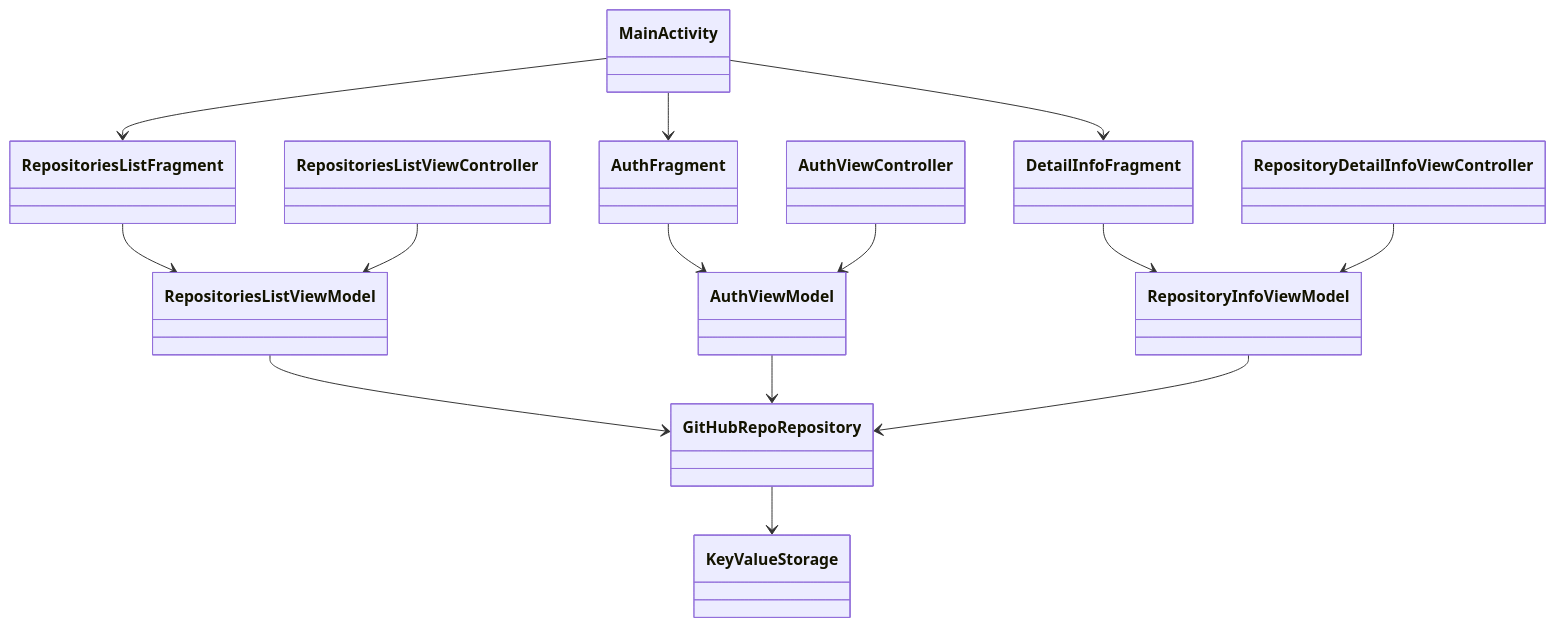
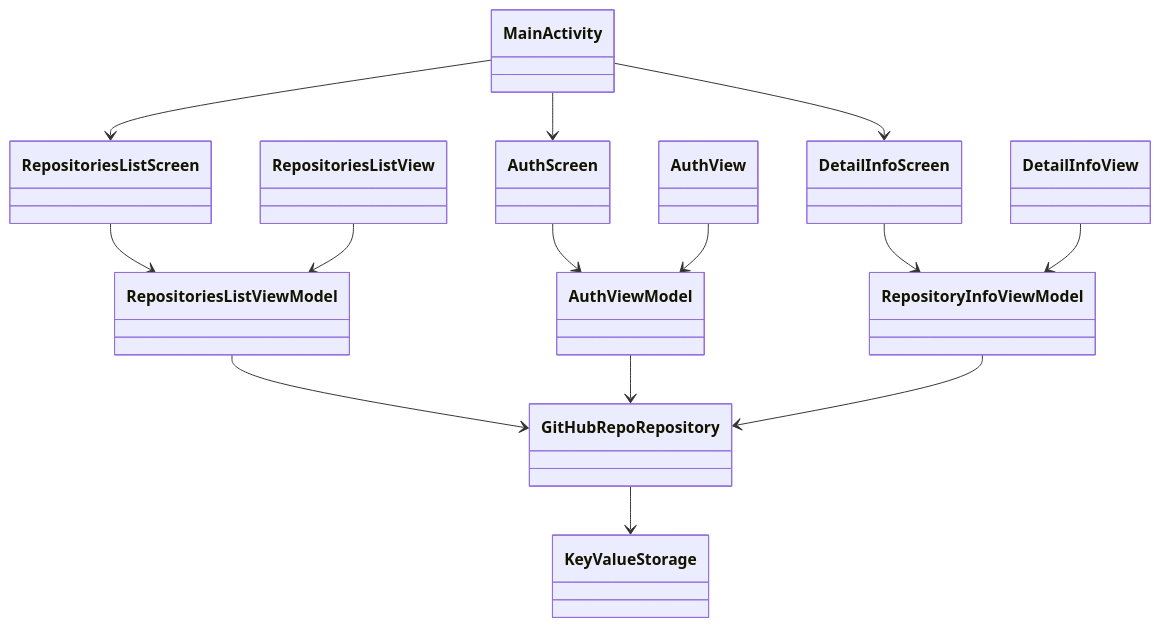
Before and after one commit to icerockdev/kmm.icerock.dev: the diagram in university/4-icerock-basics/practice.md, drawn with Mermaid. The commit also changed other lines of this file and 1 other file, not shown here.

````diff
--- a/university/4-icerock-basics/practice.md
+++ b/university/4-icerock-basics/practice.md
@@ -190,35 +235,35 @@
 ```mermaid
 classDiagram
 class AuthViewModel:::common
    
 class RepositoryInfoViewModel:::common
    
 class RepositoriesListViewModel:::common
    
 class GitHubRepoRepository:::common
 class KeyValueStorage:::common
 
 class MainActivity:::android
-class RepositoriesListFragment:::android
-class DetailInfoFragment:::android
-class AuthFragment:::android
-class RepositoriesListViewController:::ios
-class RepositoryDetailInfoViewController:::ios
-class AuthViewController:::ios
+class AuthScreen:::android
+class RepositoriesListScreen:::android
+class DetailInfoScreen:::android
+class AuthView:::ios
+class RepositoriesListView:::ios
+class DetailInfoView:::ios
 
-MainActivity --> AuthFragment
-MainActivity --> RepositoriesListFragment
-MainActivity --> DetailInfoFragment
-RepositoriesListFragment --> RepositoriesListViewModel
-DetailInfoFragment --> RepositoryInfoViewModel
-AuthFragment --> AuthViewModel
+MainActivity --> AuthScreen
+MainActivity --> RepositoriesListScreen
+MainActivity --> DetailInfoScreen
+AuthScreen --> AuthViewModel
+RepositoriesListScreen --> RepositoriesListViewModel
+DetailInfoScreen --> RepositoryInfoViewModel
    
 RepositoriesListViewModel --> GitHubRepoRepository
 AuthViewModel --> GitHubRepoRepository
 RepositoryInfoViewModel --> GitHubRepoRepository
        
-RepositoriesListViewController --> RepositoriesListViewModel
-RepositoryDetailInfoViewController --> RepositoryInfoViewModel
-AuthViewController --> AuthViewModel
+AuthView --> AuthViewModel
+RepositoriesListView --> RepositoriesListViewModel
+DetailInfoView --> RepositoryInfoViewModel
 GitHubRepoRepository --> KeyValueStorage
 ```
````
